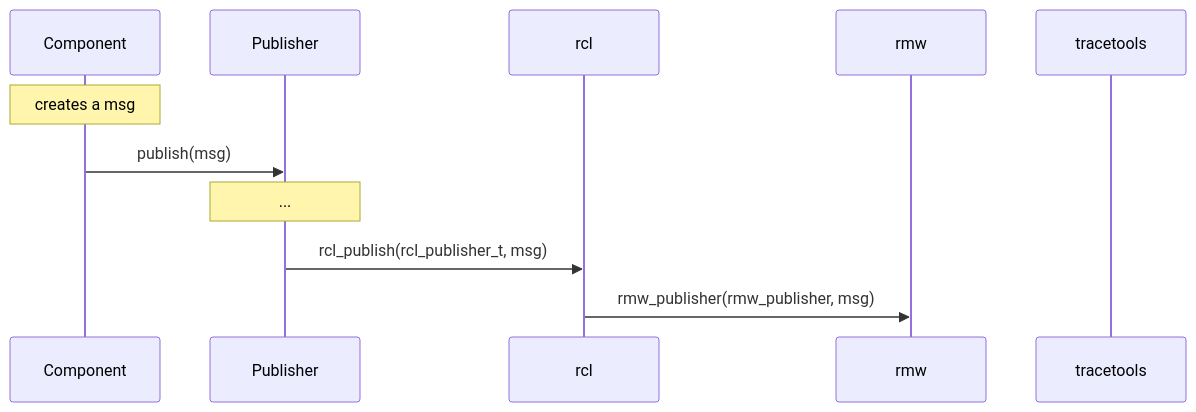
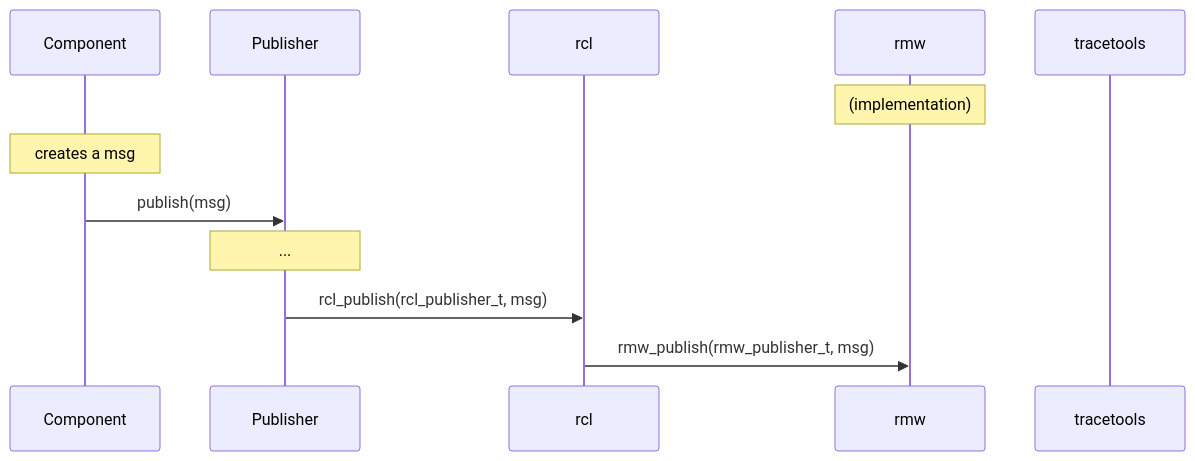
Before and after one commit to ros2/ros2_tracing: the seventh of 7 diagrams in doc/design_ros_2.md, drawn with Mermaid. The commit also changed other lines of this file, not shown here.

Commit message:
Add notes about rmw implementations and fix call to rmw

````diff
--- a/doc/design_ros_2.md
+++ b/doc/design_ros_2.md
@@ -214,14 +218,16 @@
 ```mermaid
 sequenceDiagram
     participant Component
     participant Publisher
     participant rcl
     participant rmw
     participant tracetools
 
+    Note over rmw: (implementation)
+
     Note over Component: creates a msg
     Component->>Publisher: publish(msg)
     Note over Publisher: ...
     Publisher->>rcl: rcl_publish(rcl_publisher_t, msg)
-    rcl->>rmw: rmw_publisher(rmw_publisher, msg)
+    rcl->>rmw: rmw_publish(rmw_publisher_t, msg)
 ```
````
